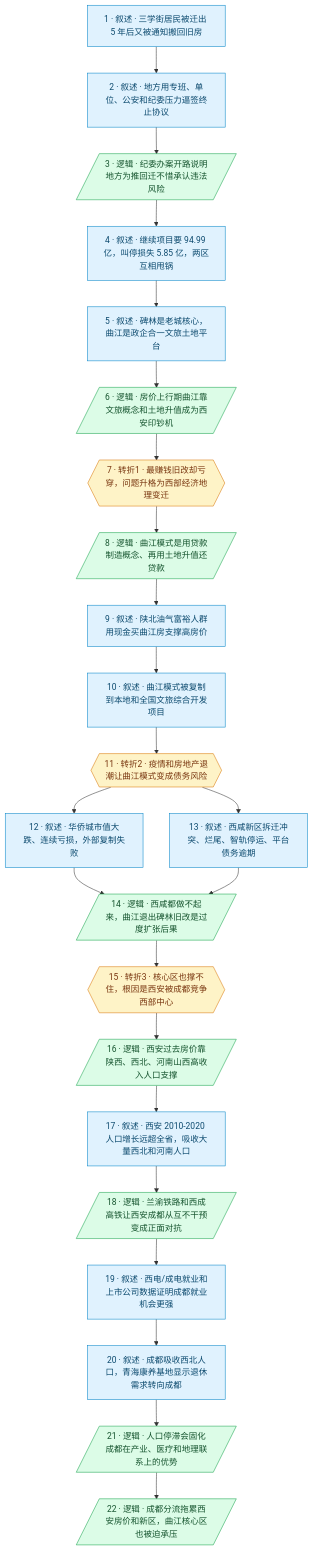
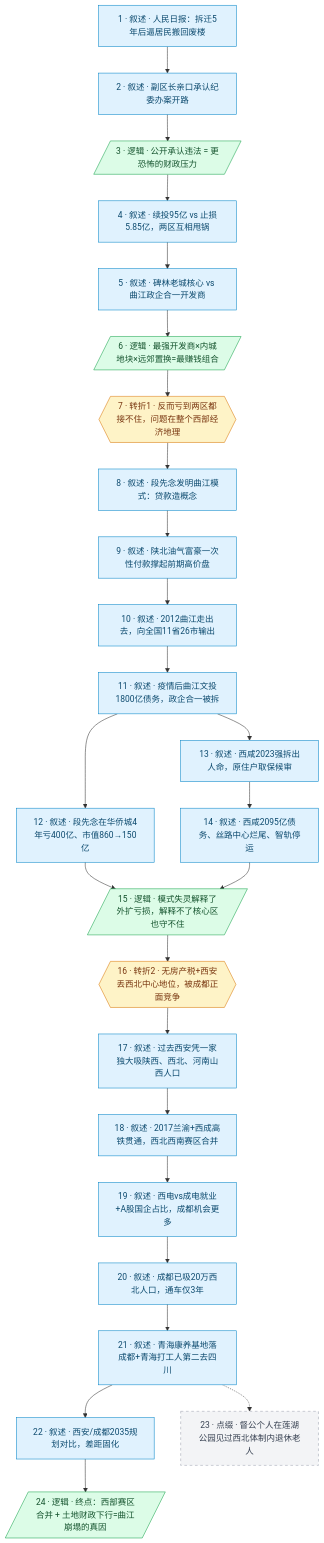
The diagram in btnews/1001_1100/btnews_1064.madugong-analysis.md (liusining/mdg-media-skills), drawn with Mermaid before and after one commit. The commit also changed other lines of this file and 3 other files, not shown here.

````diff
--- a/btnews/1001_1100/btnews_1064.madugong-analysis.md
+++ b/btnews/1001_1100/btnews_1064.madugong-analysis.md
@@ -75,35 +76,43 @@
 ```mermaid
 flowchart TD
     classDef typeA fill:#e0f2fe,stroke:#0284c7,color:#0c4a6e
     classDef typeB fill:#dcfce7,stroke:#16a34a,color:#14532d
     classDef typeC fill:#f3f4f6,stroke:#9ca3af,color:#374151,stroke-dasharray:5 5
     classDef typeD fill:#fef3c7,stroke:#d97706,color:#78350f
 
-    1["1 · 叙述 · 三学街居民被迁出 5 年后又被通知搬回旧房"]:::typeA
-    2["2 · 叙述 · 地方用专班、单位、公安和纪委压力逼签终止协议"]:::typeA
-    3[/"3 · 逻辑 · 纪委办案开路说明地方为推回迁不惜承认违法风险"/]:::typeB
-    4["4 · 叙述 · 继续项目要 94.99 亿，叫停损失 5.85 亿，两区互相甩锅"]:::typeA
-    5["5 · 叙述 · 碑林是老城核心，曲江是政企合一文旅土地平台"]:::typeA
-    6[/"6 · 逻辑 · 房价上行期曲江靠文旅概念和土地升值成为西安印钞机"/]:::typeB
-    7{{"7 · 转折1 · 最赚钱旧改却亏穿，问题升格为西部经济地理变迁"}}:::typeD
-    8[/"8 · 逻辑 · 曲江模式是用贷款制造概念、再用土地升值还贷款"/]:::typeB
-    9["9 · 叙述 · 陕北油气富裕人群用现金买曲江房支撑高房价"]:::typeA
-    10["10 · 叙述 · 曲江模式被复制到本地和全国文旅综合开发项目"]:::typeA
-    11{{"11 · 转折2 · 疫情和房地产退潮让曲江模式变成债务风险"}}:::typeD
-    12["12 · 叙述 · 华侨城市值大跌、连续亏损，外部复制失败"]:::typeA
-    13["13 · 叙述 · 西咸新区拆迁冲突、烂尾、智轨停运、平台债务逾期"]:::typeA
-    14[/"14 · 逻辑 · 西咸都做不起来，曲江退出碑林旧改是过度扩张后果"/]:::typeB
-    15{{"15 · 转折3 · 核心区也撑不住，根因是西安被成都竞争西部中心"}}:::typeD
-    16[/"16 · 逻辑 · 西安过去房价靠陕西、西北、河南山西高收入人口支撑"/]:::typeB
-    17["17 · 叙述 · 西安 2010-2020 人口增长远超全省，吸收大量西北和河南人口"]:::typeA
-    18[/"18 · 逻辑 · 兰渝铁路和西成高铁让西安成都从互不干预变成正面对抗"/]:::typeB
-    19["19 · 叙述 · 西电/成电就业和上市公司数据证明成都就业机会更强"]:::typeA
-    20["20 · 叙述 · 成都吸收西北人口，青海康养基地显示退休需求转向成都"]:::typeA
-    21[/"21 · 逻辑 · 人口停滞会固化成都在产业、医疗和地理联系上的优势"/]:::typeB
-    22[/"22 · 逻辑 · 成都分流拖累西安房价和新区，曲江核心区也被迫承压"/]:::typeB
+    1["1 · 叙述 · 人民日报：拆迁5年后逼居民搬回废楼"]:::typeA
+    2["2 · 叙述 · 副区长亲口承认纪委办案开路"]:::typeA
+    3[/"3 · 逻辑 · 公开承认违法 = 更恐怖的财政压力"/]:::typeB
+    4["4 · 叙述 · 续投95亿 vs 止损5.85亿，两区互相甩锅"]:::typeA
+    5["5 · 叙述 · 碑林老城核心 vs 曲江政企合一开发商"]:::typeA
+    6[/"6 · 逻辑 · 最强开发商×内城地块×远郊置换=最赚钱组合"/]:::typeB
+    7{{"7 · 转折1 · 反而亏到两区都接不住，问题在整个西部经济地理"}}:::typeD
+    8["8 · 叙述 · 段先念发明曲江模式：贷款造概念"]:::typeA
+    9["9 · 叙述 · 陕北油气富豪一次性付款撑起前期高价盘"]:::typeA
+    10["10 · 叙述 · 2012曲江走出去，向全国11省26市输出"]:::typeA
+    11["11 · 叙述 · 疫情后曲江文投1800亿债务，政企合一被拆"]:::typeA
+    12["12 · 叙述 · 段先念在华侨城4年亏400亿、市值860→150亿"]:::typeA
+    13["13 · 叙述 · 西咸2023强拆出人命，原住户取保候审"]:::typeA
+    14["14 · 叙述 · 西咸2095亿债务、丝路中心烂尾、智轨停运"]:::typeA
+    15[/"15 · 逻辑 · 模式失灵解释了外扩亏损，解释不了核心区也守不住"/]:::typeB
+    16{{"16 · 转折2 · 无房产税+西安丢西北中心地位，被成都正面竞争"}}:::typeD
+    17["17 · 叙述 · 过去西安凭一家独大吸陕西、西北、河南山西人口"]:::typeA
+    18["18 · 叙述 · 2017兰渝+西成高铁贯通，西北西南赛区合并"]:::typeA
+    19["19 · 叙述 · 西电vs成电就业+A股国企占比，成都机会更多"]:::typeA
+    20["20 · 叙述 · 成都已吸20万西北人口，通车仅3年"]:::typeA
+    21["21 · 叙述 · 青海康养基地落成都+青海打工人第二去四川"]:::typeA
+    22["22 · 叙述 · 西安/成都2035规划对比，差距固化"]:::typeA
+    23["23 · 点缀 · 督公个人在莲湖公园见过西北体制内退休老人"]:::typeC
+    24[/"24 · 逻辑 · 终点：西部赛区合并 + 土地财政下行=曲江崩塌的真因"/]:::typeB
 
-    1 --> 2 --> 3 --> 4 --> 5 --> 6 --> 7 --> 8 --> 9 --> 10 --> 11
-    11 --> 12 --> 14
+    1 --> 2 --> 3 --> 4 --> 5 --> 6 --> 7
+    7 --> 8 --> 9 --> 10 --> 11
+    11 --> 12
     11 --> 13 --> 14
-    14 --> 15 --> 16 --> 17 --> 18 --> 19 --> 20 --> 21 --> 22
+    12 --> 15
+    14 --> 15
+    15 --> 16
+    16 --> 17 --> 18 --> 19 --> 20 --> 21 --> 22
+    21 -.-> 23
+    22 --> 24
 ```
````
